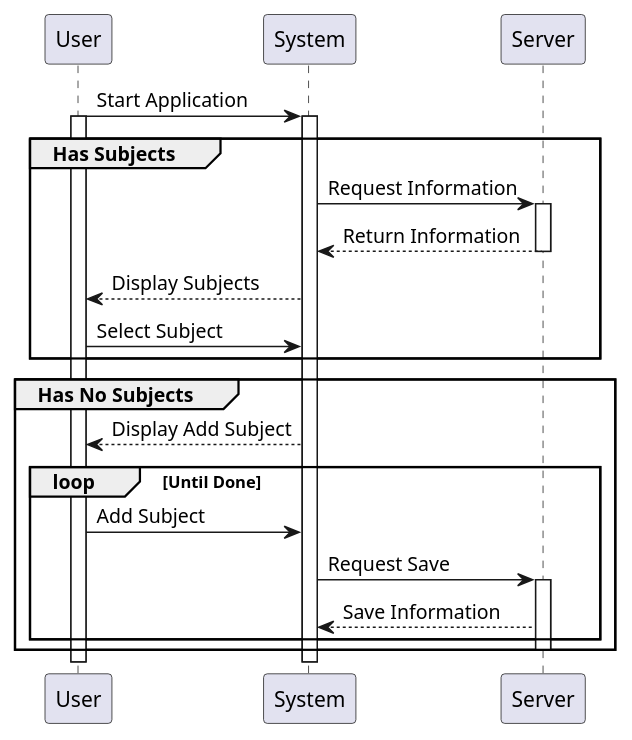
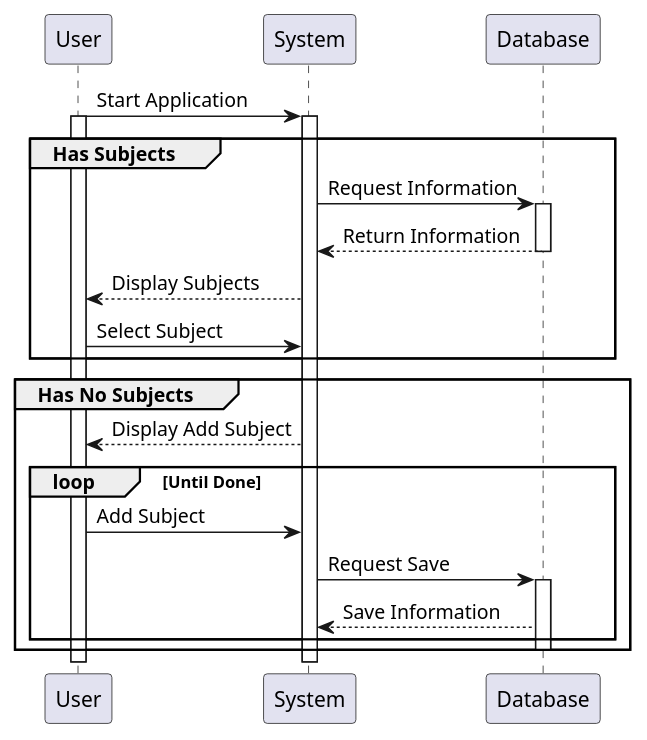
Before and after one commit to ultiferrago/ElStudioGato: the diagram in app/UML/SSD/SSDSubject.puml, drawn with PlantUML. The commit also changed 8 other files, not shown here.

Commit message:
UML update

```diff
--- a/app/UML/SSD/SSDSubject.puml
+++ b/app/UML/SSD/SSDSubject.puml
@@ -1,25 +1,25 @@
 @startuml
 User -> System : Start Application
 activate User
 activate System
 group Has Subjects
-System -> Server : Request Information
-activate Server
-Server --> System : Return Information
-deactivate Server
+System -> Database : Request Information
+activate Database
+Database --> System : Return Information
+deactivate Database
 System --> User : Display Subjects
 User -> System : Select Subject
 end
 
 group Has No Subjects
 System --> User : Display Add Subject
 loop Until Done
 User -> System : Add Subject
-System -> Server : Request Save
-activate Server
-Server --> System: Save Information
+System -> Database : Request Save
+activate Database
+Database --> System: Save Information
 end
-deactivate Server
+deactivate Database
 end
 
 @enduml
```
